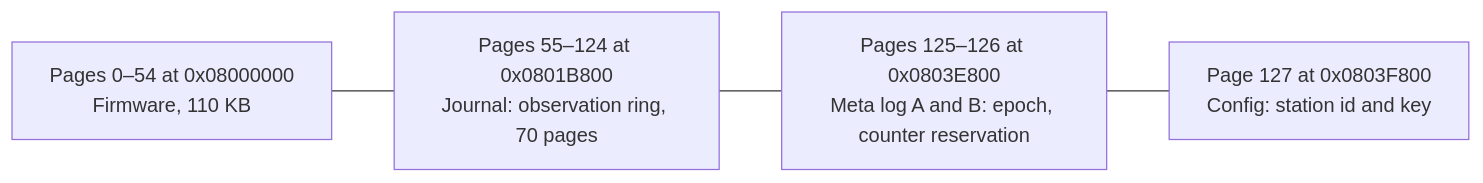
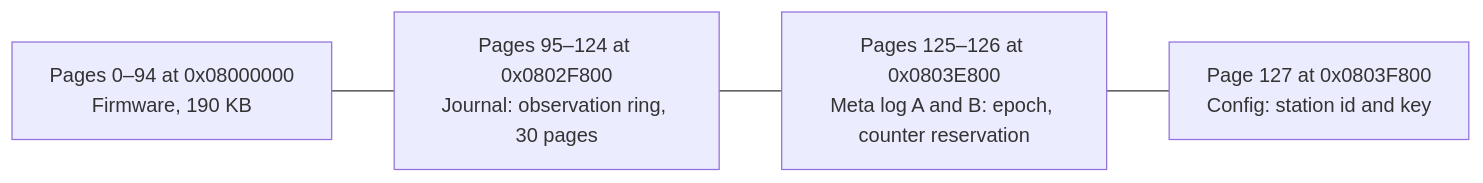
Before and after one commit to clintecker/weather-station-2026: the first of 6 diagrams in docs/firmware-budget.md, drawn with Mermaid. The commit also changed other lines of this file and 26 other files, not shown here.

Commit message:
flash: 190 KB firmware, 30-page journal (about 10 h) until H11 moves the journal off-chip

````diff
--- a/docs/firmware-budget.md
+++ b/docs/firmware-budget.md
@@ -63,6 +63,6 @@
 ```mermaid
 flowchart LR
-  app["Pages 0–54 at 0x08000000<br/>Firmware, 110 KB"] --- jrnl["Pages 55–124 at 0x0801B800<br/>Journal: observation ring, 70 pages"]
+  app["Pages 0–94 at 0x08000000<br/>Firmware, 190 KB"] --- jrnl["Pages 95–124 at 0x0802F800<br/>Journal: observation ring, 30 pages"]
   jrnl --- meta["Pages 125–126 at 0x0803E800<br/>Meta log A and B: epoch, counter reservation"]
   meta --- cfg["Page 127 at 0x0803F800<br/>Config: station id and key"]
 ```
````
